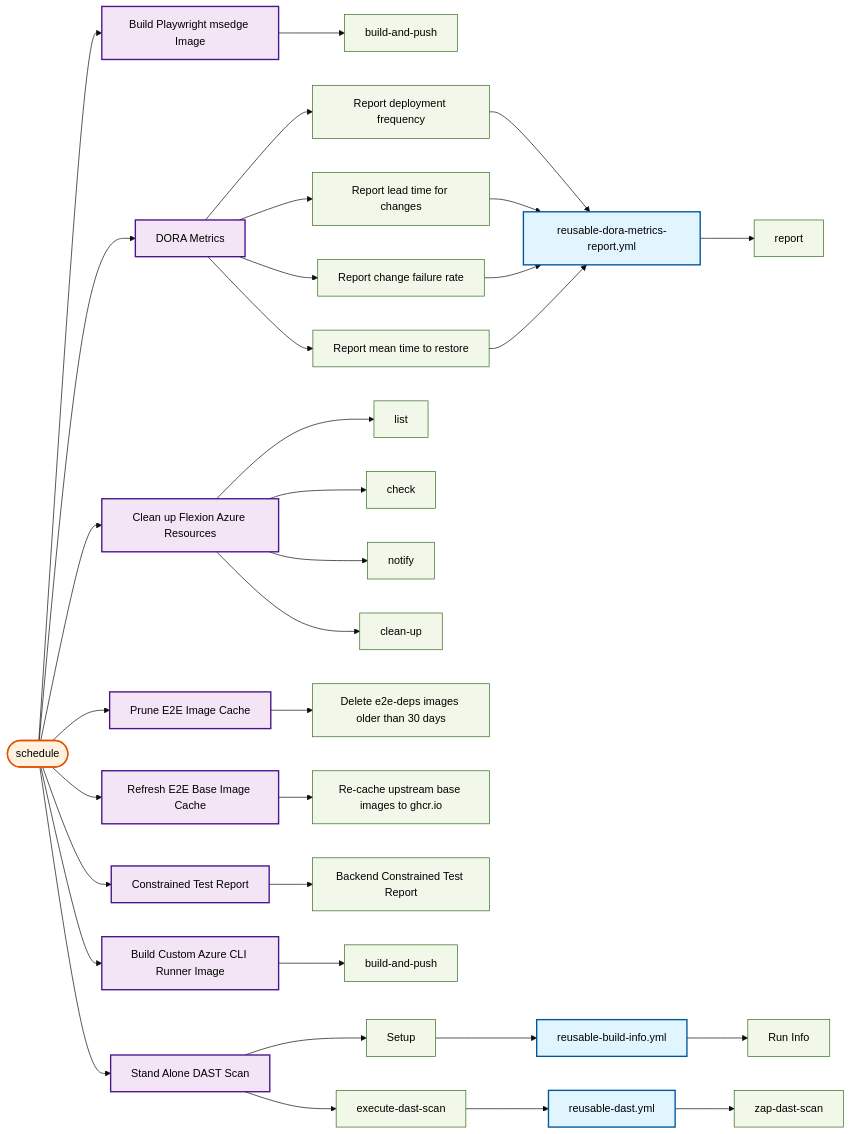
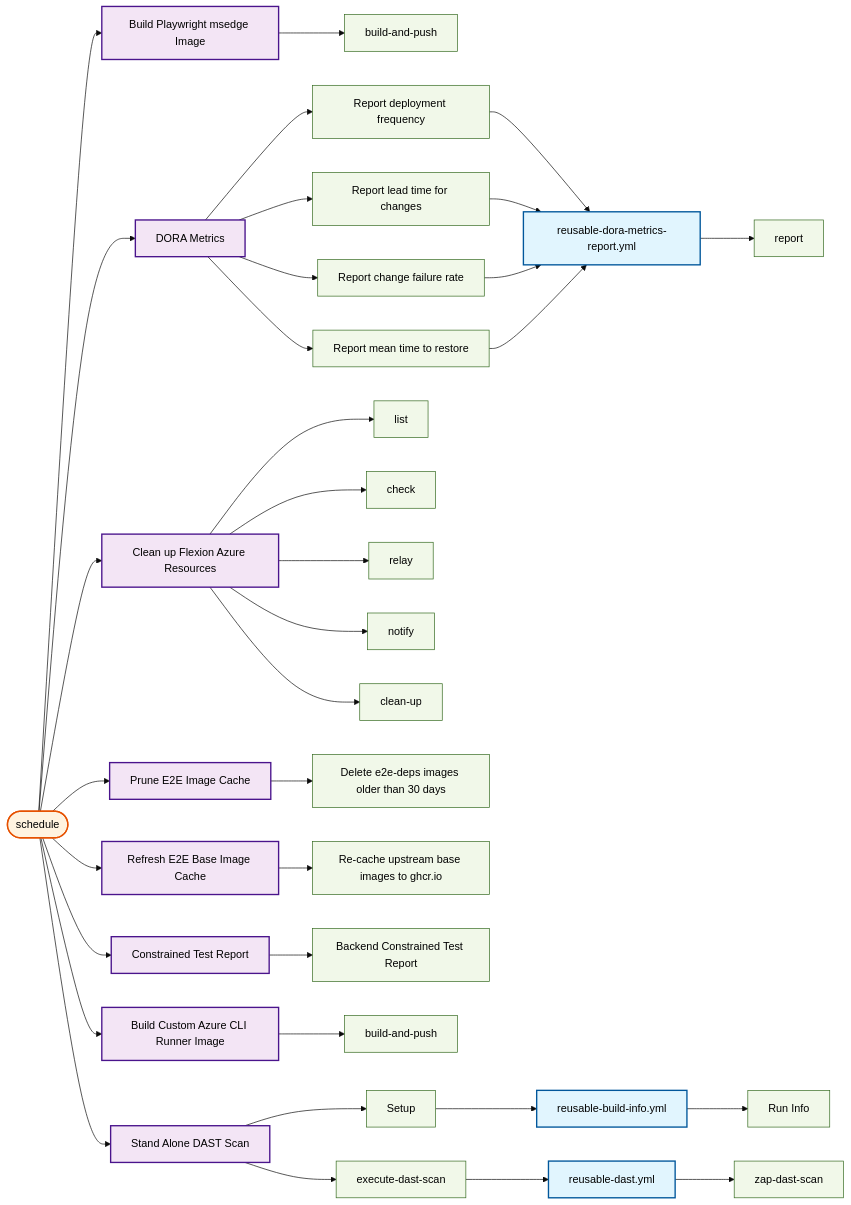
One commit to US-Trustee-Program/Bankruptcy-Oversight-Support-Systems changed the ninth of 27 diagrams in docs/operations/workflow-diagram.md. Above: the diagram before and after it, drawn with Mermaid (base theme). The commit also changed other lines of this file and 3 other files, not shown here.

First line of the commit message:
Relay branch hashes through secret-free job

```diff
--- a/docs/operations/workflow-diagram.md
+++ b/docs/operations/workflow-diagram.md
@@ -500,6 +503,7 @@
     azure_remove_branch_yml["Clean up Flexion Azure Resources"]
     azure_remove_branch_yml_list["list"]
     azure_remove_branch_yml_check["check"]
+    azure_remove_branch_yml_relay["relay"]
     azure_remove_branch_yml_notify["notify"]
     azure_remove_branch_yml_clean_up["clean-up"]
     prune_e2e_image_cache_yml["Prune E2E Image Cache"]
@@ -533,6 +537,7 @@
     trigger_schedule --> azure_remove_branch_yml
     azure_remove_branch_yml --> azure_remove_branch_yml_list
     azure_remove_branch_yml --> azure_remove_branch_yml_check
+    azure_remove_branch_yml --> azure_remove_branch_yml_relay
     azure_remove_branch_yml --> azure_remove_branch_yml_notify
     azure_remove_branch_yml --> azure_remove_branch_yml_clean_up
     trigger_schedule --> prune_e2e_image_cache_yml
@@ -569,6 +574,7 @@
     class azure_remove_branch_yml mainWorkflow
     class azure_remove_branch_yml_list job
     class azure_remove_branch_yml_check job
+    class azure_remove_branch_yml_relay job
     class azure_remove_branch_yml_notify job
     class azure_remove_branch_yml_clean_up job
     class prune_e2e_image_cache_yml mainWorkflow
```
